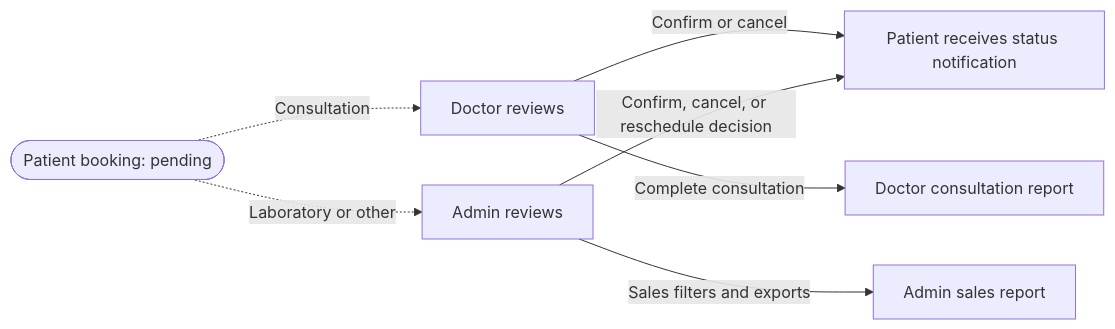
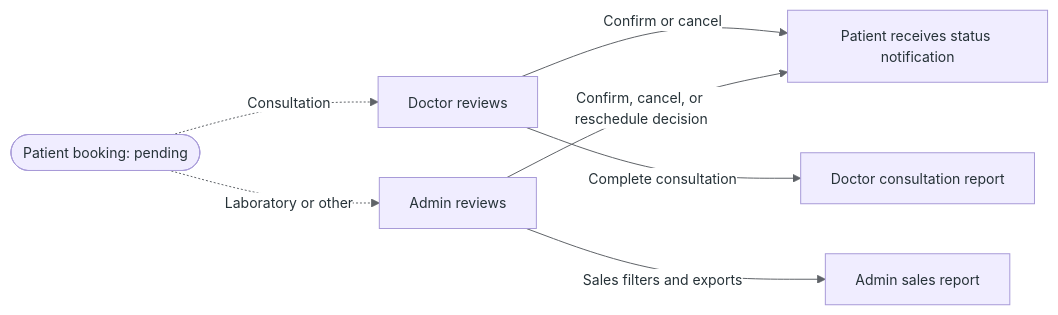
One commit to Kyoshi03/FINAL-GLOBALIFE.ONLINE-SYSTEM changed the fourth of 6 diagrams in SYSTEM_FLOWCHART.md. Above: the diagram before and after it, drawn with Mermaid. The commit also changed other lines of this file, not shown here.

Commit message:
Style flowcharts with white background

````diff
--- a/SYSTEM_FLOWCHART.md
+++ b/SYSTEM_FLOWCHART.md
@@ -81,9 +84,10 @@
 ```mermaid
+%%{init: {"theme": "base", "themeVariables": {"background": "#ffffff", "primaryColor": "#f0edff", "primaryTextColor": "#263238", "primaryBorderColor": "#a89bd8", "lineColor": "#5f6368", "secondaryColor": "#ffffff", "tertiaryColor": "#ffffff", "fontFamily": "Arial", "fontSize": "14px"}}}%%
 flowchart LR
     PENDING([Patient booking: pending]) -. Consultation .-> DOCTOR[Doctor reviews]
     PENDING -. Laboratory or other .-> ADMIN[Admin reviews]
     DOCTOR -->|Confirm or cancel| PATIENT[Patient receives status notification]
     ADMIN -->|Confirm, cancel, or reschedule decision| PATIENT
     DOCTOR -->|Complete consultation| REPORT[Doctor consultation report]
     ADMIN -->|Sales filters and exports| SALES[Admin sales report]
 ```
````
